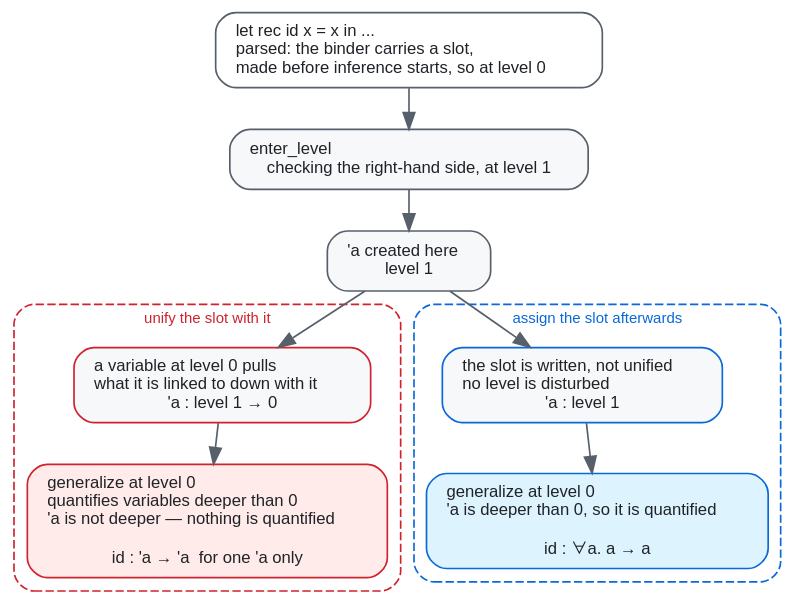
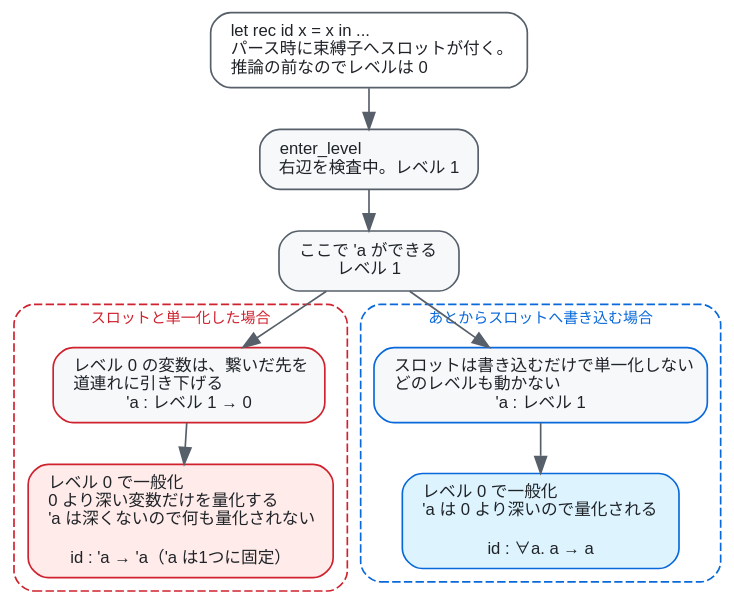
The diagram in Sable/compiler/doc/figures/levels.dot (aita/CompLab), drawn with Graphviz before and after one commit. The commit also changed 13 other files, not shown here.

```diff
--- a/Sable/compiler/doc/figures/levels.dot
+++ b/Sable/compiler/doc/figures/levels.dot
@@ -1,42 +1,42 @@
 // Why the type variables the parser attaches to binders are written and never
 // unified against.  See doc/typing.md.
 // Render with ./render.sh (needs graphviz).
 digraph levels {
   rankdir = TB;
   bgcolor = "transparent";
   ranksep = 0.35;
   node [shape = box, style = "rounded,filled", fillcolor = "#f6f8fa",
         color = "#57606a", fontcolor = "#1f2328",
         fontname = "Helvetica", fontsize = 10, margin = "0.16,0.08"];
   edge [color = "#57606a", fontcolor = "#57606a",
         fontname = "Helvetica", fontsize = 9];
 
-  start [label = "let rec id x = x in ...\lparsed: the binder carries a slot,\lmade before inference starts, so at level 0\l",
+  start [label = "let rec id x = x in ...\lパース時に束縛子へスロットが付く。\l推論の前なのでレベルは 0\l",
          fillcolor = "#ffffff"];
-  enter [label = "enter_level\lchecking the right-hand side, at level 1"];
-  fresh [label = "'a created here\llevel 1"];
+  enter [label = "enter_level\l右辺を検査中。レベル 1"];
+  fresh [label = "ここで 'a ができる\lレベル 1"];
 
   subgraph cluster_bad {
-    label = "unify the slot with it";
+    label = "スロットと単一化した場合";
     fontname = "Helvetica"; fontsize = 9; fontcolor = "#cf222e";
     color = "#cf222e"; style = "rounded,dashed";
-    lower [label = "a variable at level 0 pulls\lwhat it is linked to down with it\l'a : level 1 → 0", color = "#cf222e"];
-    nothing [label = "generalize at level 0\lquantifies variables deeper than 0\l'a is not deeper — nothing is quantified\l\lid : 'a → 'a  for one 'a only",
+    lower [label = "レベル 0 の変数は、繋いだ先を\l道連れに引き下げる\l'a : レベル 1 → 0", color = "#cf222e"];
+    nothing [label = "レベル 0 で一般化\l0 より深い変数だけを量化する\l'a は深くないので何も量化されない\l\lid : 'a → 'a（'a は1つに固定）",
              fillcolor = "#ffebe9", color = "#cf222e"];
     lower -> nothing;
   }
 
   subgraph cluster_good {
-    label = "assign the slot afterwards";
+    label = "あとからスロットへ書き込む場合";
     fontname = "Helvetica"; fontsize = 9; fontcolor = "#0969da";
     color = "#0969da"; style = "rounded,dashed";
-    keep [label = "the slot is written, not unified\lno level is disturbed\l'a : level 1", color = "#0969da"];
-    quant [label = "generalize at level 0\l'a is deeper than 0, so it is quantified\l\lid : ∀a. a → a",
+    keep [label = "スロットは書き込むだけで単一化しない\lどのレベルも動かない\l'a : レベル 1", color = "#0969da"];
+    quant [label = "レベル 0 で一般化\l'a は 0 より深いので量化される\l\lid : ∀a. a → a",
            fillcolor = "#ddf4ff", color = "#0969da"];
     keep -> quant;
   }
 
   start -> enter -> fresh;
   fresh -> lower;
   fresh -> keep;
 }
```
